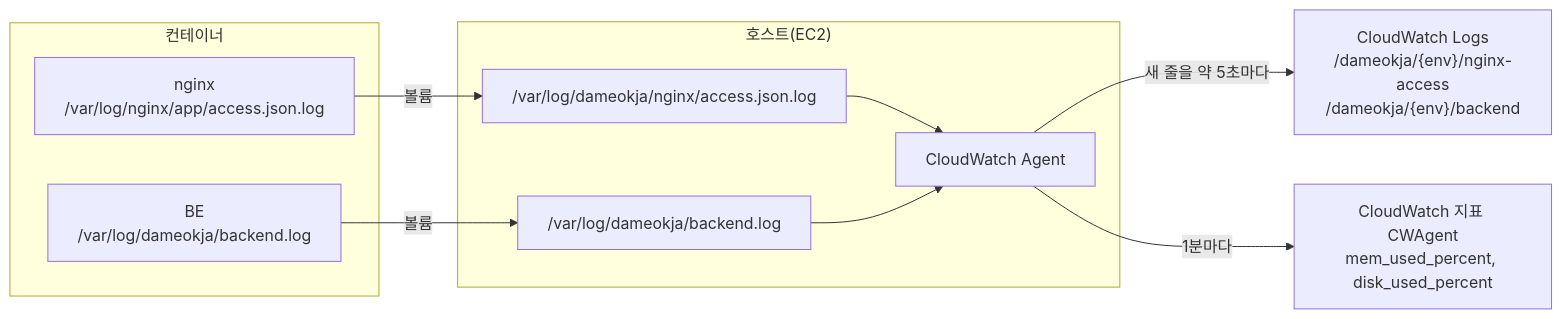
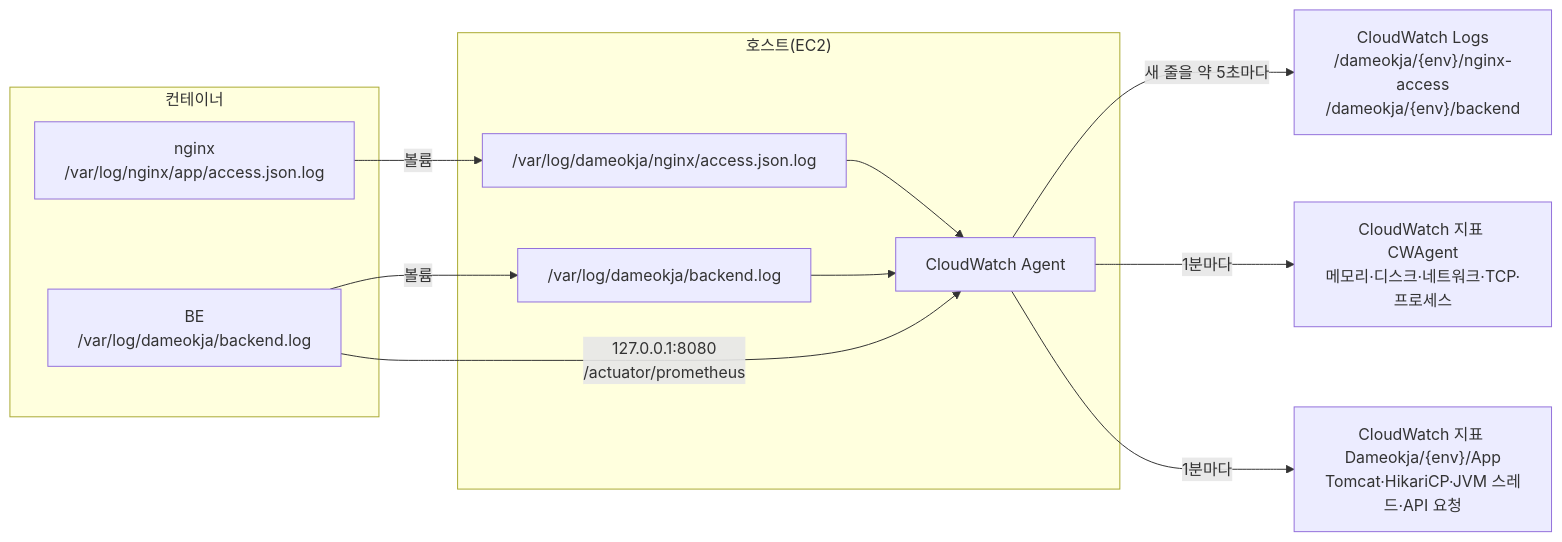
One commit to 100-hours-a-week/KTB4-5th-CLOUD changed the diagram in docs/observability/cloudwatch-agent-setup.md. Above: the diagram before and after it, drawn with Mermaid. The commit also changed other lines of this file and 11 other files, not shown here.

````diff
--- a/docs/observability/cloudwatch-agent-setup.md
+++ b/docs/observability/cloudwatch-agent-setup.md
@@ -24,17 +29,19 @@
 ```mermaid
 flowchart LR
     subgraph C["컨테이너"]
         NG["nginx<br/>/var/log/nginx/app/access.json.log"]
         BE["BE<br/>/var/log/dameokja/backend.log"]
     end
     subgraph H["호스트(EC2)"]
         HN["/var/log/dameokja/nginx/access.json.log"]
         HB["/var/log/dameokja/backend.log"]
         AG["CloudWatch Agent"]
     end
     NG -->|볼륨| HN
     BE -->|볼륨| HB
+    BE -->|"127.0.0.1:8080<br/>/actuator/prometheus"| AG
     HN & HB --> AG
     AG -->|"새 줄을 약 5초마다"| CL["CloudWatch Logs<br/>/dameokja/{env}/nginx-access<br/>/dameokja/{env}/backend"]
-    AG -->|"1분마다"| CM["CloudWatch 지표 CWAgent<br/>mem_used_percent, disk_used_percent"]
+    AG -->|"1분마다"| CM["CloudWatch 지표 CWAgent<br/>메모리·디스크·네트워크·TCP·프로세스"]
+    AG -->|"1분마다"| CA["CloudWatch 지표 Dameokja/{env}/App<br/>Tomcat·HikariCP·JVM 스레드·API 요청"]
 ```
````
